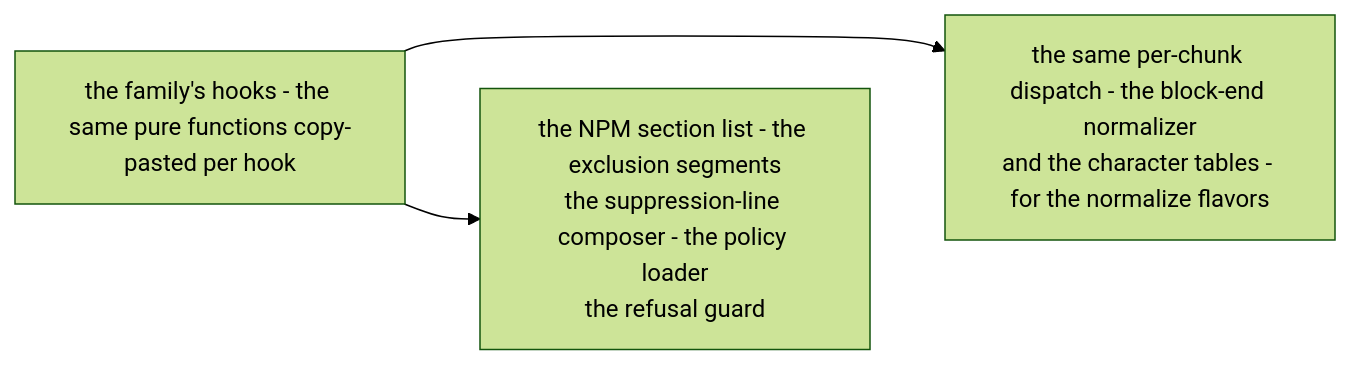
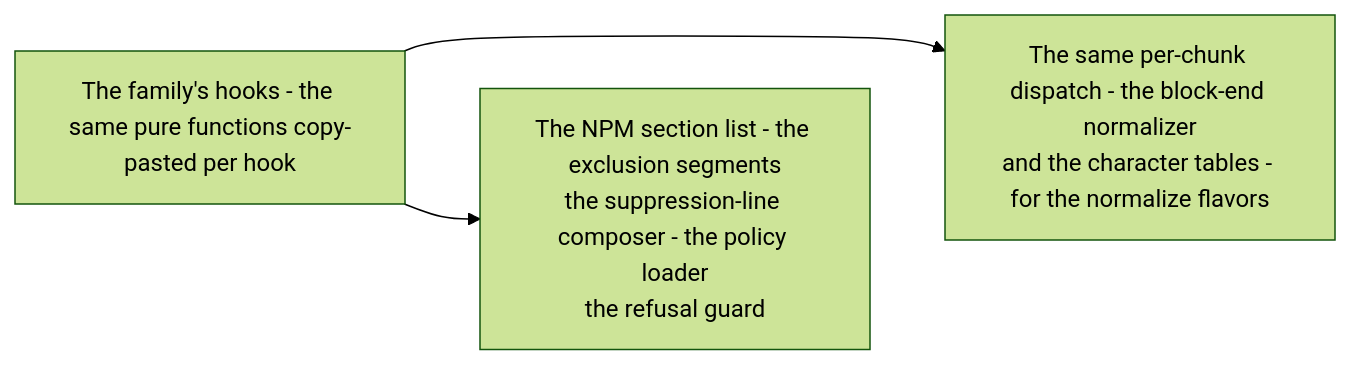
The diagram in Source/Content/Mermaid/core-problem-repeated.mmd (PlayForm/Site-DeepSeek), drawn with Mermaid (forest theme) before and after one commit. The commit also changed 341 other files, not shown here.

```diff
--- a/Source/Content/Mermaid/core-problem-repeated.mmd
+++ b/Source/Content/Mermaid/core-problem-repeated.mmd
@@ -1,10 +1,10 @@
 flowchart LR
-	HOOKS["the family's hooks - the same pure functions copy-pasted per hook"]
-	GOV["the NPM section list - the exclusion segments<br/>the suppression-line composer - the policy loader<br/>the refusal guard"]
-	NORM["the same per-chunk dispatch - the block-end normalizer<br/>and the character tables - for the normalize flavors"]
+	HOOKS["The family's hooks - the same pure functions copy-pasted per hook"]
+	GOV["The NPM section list - the exclusion segments<br/>the suppression-line composer - the policy loader<br/>the refusal guard"]
+	NORM["The same per-chunk dispatch - the block-end normalizer<br/>and the character tables - for the normalize flavors"]
 	HOOKS --> GOV
 	HOOKS --> NORM
 	%% Invisible layout links only - no semantics. They stagger the two
 	%% repeated-copy lists into successive columns so the fan-out renders
 	%% as a wide horizontal band.
 	GOV ~~~ NORM
```
